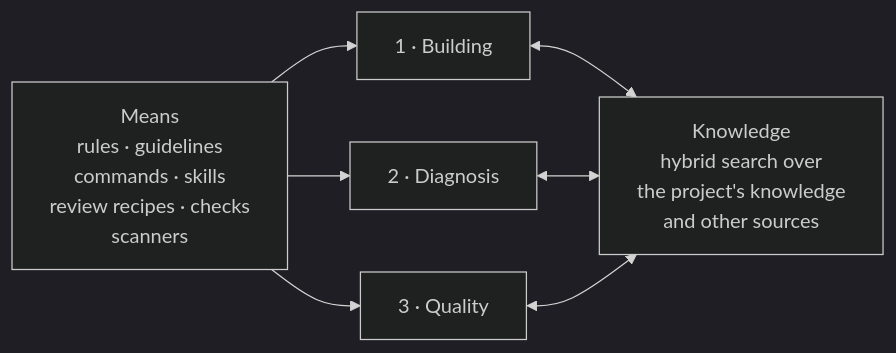
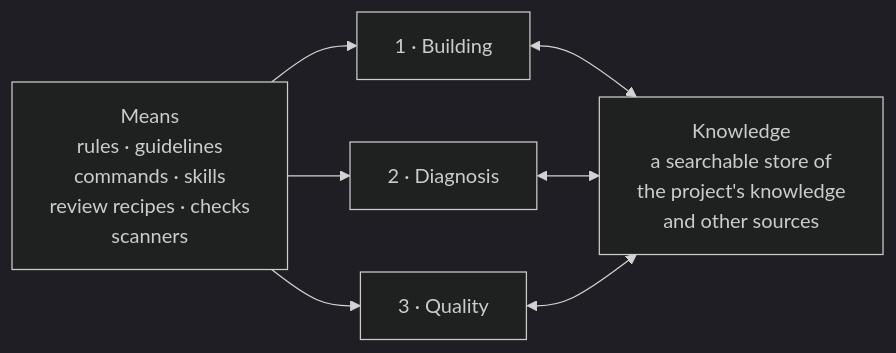
One commit to kascada/k-playbook changed the first of 3 diagrams in docs/overview.md. Above: the diagram before and after it, drawn with Mermaid (dark theme). The commit also changed other lines of this file and 4 other files, not shown here.

````diff
--- a/docs/overview.md
+++ b/docs/overview.md
@@ -12,18 +12,18 @@
 ```mermaid
 flowchart LR
     Means["Means<br>rules · guidelines<br>commands · skills<br>review recipes · checks<br>scanners"]
 
     Means --> Build
     Means --> Diagnose
     Means --> Quality
 
     Build["1 · Building"]
     Diagnose["2 · Diagnosis"]
     Quality["3 · Quality"]
 
     Build <--> Knowledge
     Diagnose <--> Knowledge
     Quality <--> Knowledge
 
-    Knowledge["Knowledge<br>hybrid search over<br>the project's knowledge<br>and other sources"]
+    Knowledge["Knowledge<br>a searchable store of<br>the project's knowledge<br>and other sources"]
 ```
````
